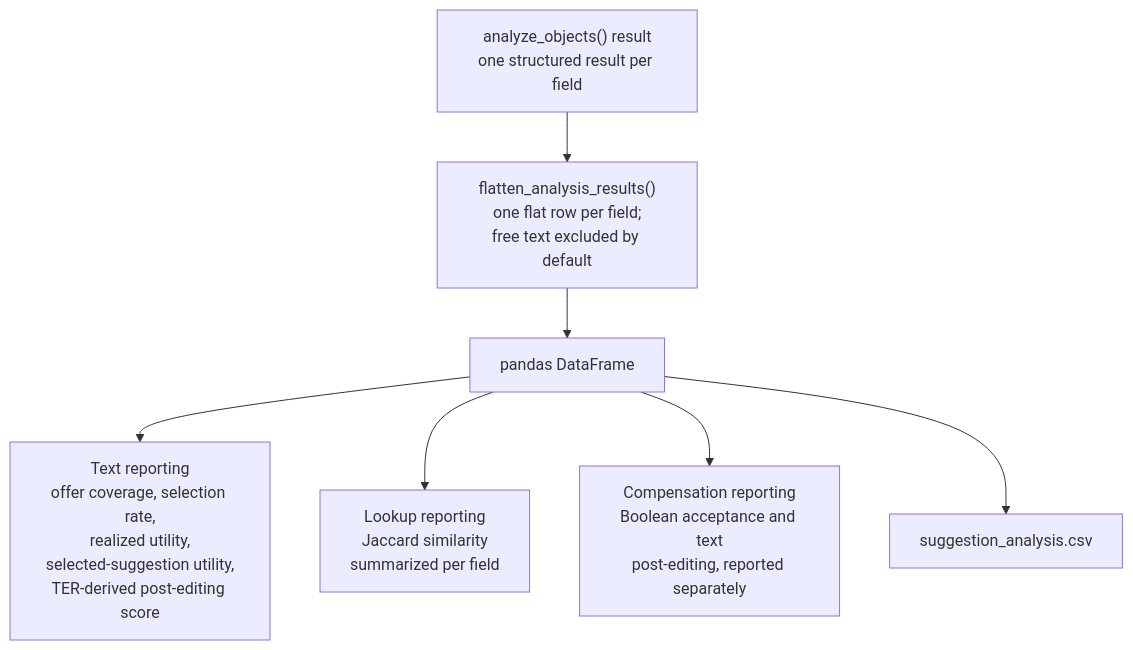
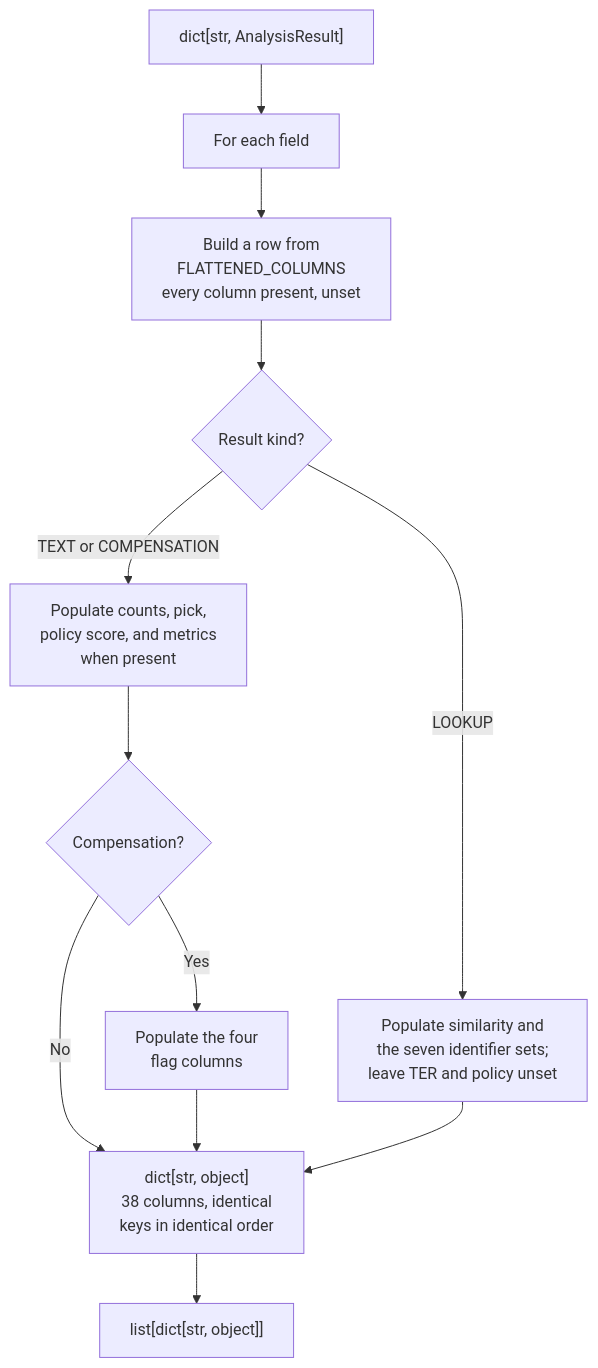
Before and after one commit to umich-michr/michr-scripts: the eighth of 8 diagrams in docs/program-flow.md, drawn with Mermaid. The commit also changed other lines of this file, not shown here.

Commit message:
docs: revise program flow for the narrowed library scope

````diff
--- a/docs/program-flow.md
+++ b/docs/program-flow.md
@@ -283,11 +301,20 @@
 ```mermaid
 flowchart TB
-    RESULTS["analyze_objects() result<br/>one structured result per field"]
-    RESULTS --> FLAT["flatten_analysis_results()<br/>one flat row per field;<br/>free text excluded by default"]
-    FLAT --> FRAME["pandas DataFrame"]
+    RESULTS["dict[str, AnalysisResult]"]
+    RESULTS --> LOOP["For each field"]
+    LOOP --> TEMPLATE["Build a row from<br/>FLATTENED_COLUMNS<br/>every column present, unset"]
 
-    FRAME --> TEXT_R["Text reporting<br/>offer coverage, selection rate,<br/>realized utility,<br/>selected-suggestion utility,<br/>TER-derived post-editing score"]
-    FRAME --> LOOKUP_R["Lookup reporting<br/>Jaccard similarity<br/>summarized per field"]
-    FRAME --> COMP_R["Compensation reporting<br/>Boolean acceptance and text<br/>post-editing, reported separately"]
-    FRAME --> CSV["suggestion_analysis.csv"]
+    TEMPLATE --> KIND{"Result kind?"}
+
+    KIND -->|LOOKUP| FILL_L["Populate similarity and<br/>the seven identifier sets;<br/>leave TER and policy unset"]
+    KIND -->|"TEXT or COMPENSATION"| FILL_T["Populate counts, pick,<br/>policy score, and metrics<br/>when present"]
+
+    FILL_T --> COMP{"Compensation?"}
+    COMP -->|Yes| FLAGS["Populate the four<br/>flag columns"]
+    COMP -->|No| ROW
+    FLAGS --> ROW
+    FILL_L --> ROW
+
+    ROW["dict[str, object]<br/>38 columns, identical<br/>keys in identical order"]
+    ROW --> ROWS["list[dict[str, object]]"]
 ```
````
